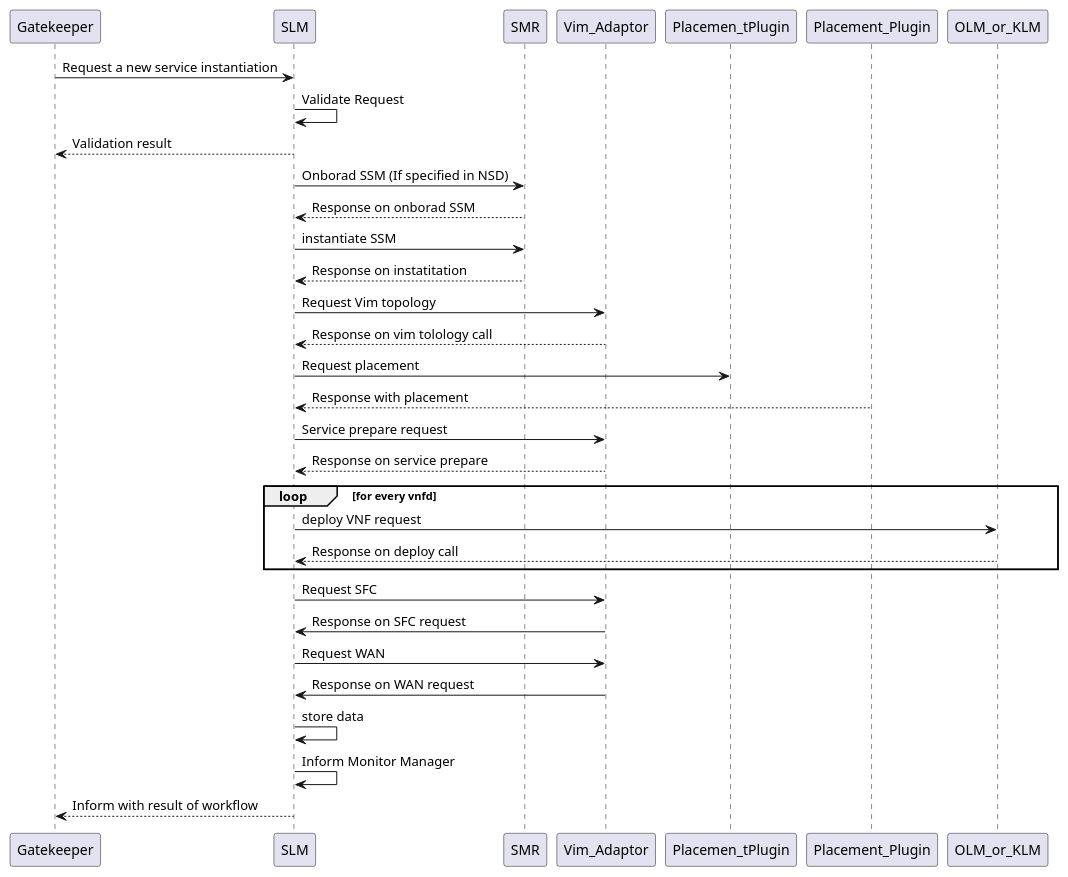
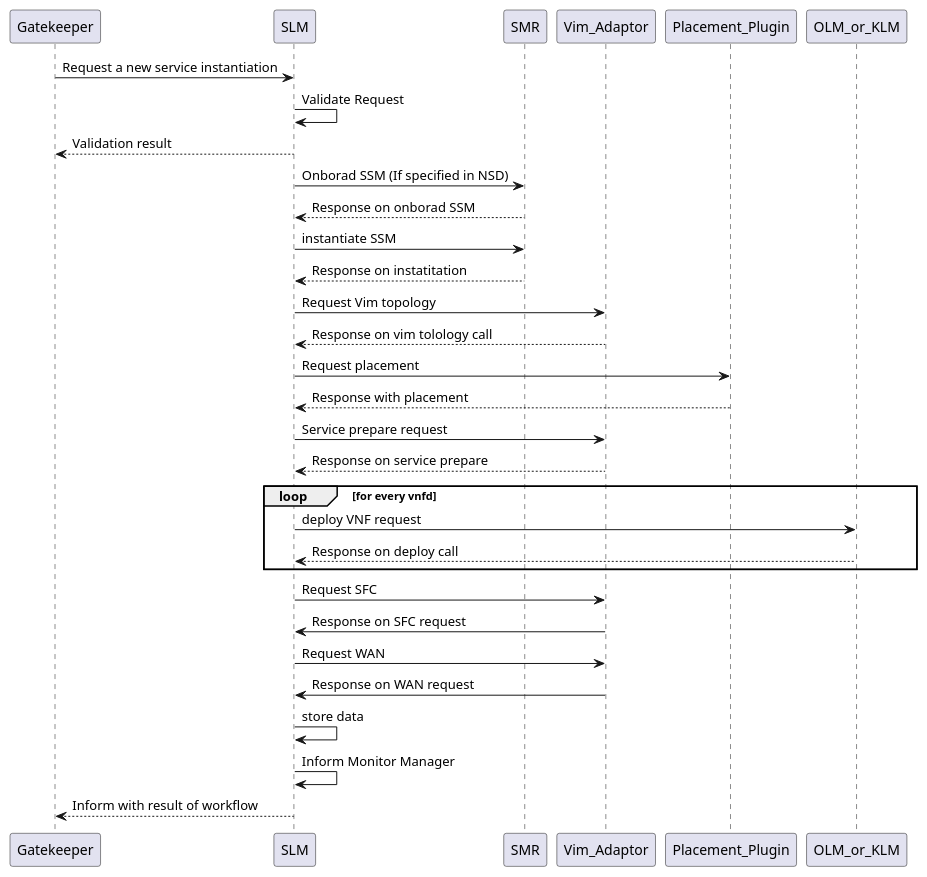
One commit to CN-UPB/Pishahang changed the diagram in docs/figures/developers/service_instantiation.puml. Above: the diagram before and after it, drawn with PlantUML.

Commit message:
sequence diagram of Service instantiation

```diff
--- a/docs/figures/developers/service_instantiation.puml
+++ b/docs/figures/developers/service_instantiation.puml
@@ -1,28 +1,28 @@
 @startuml
 
 Gatekeeper -> SLM: Request a new service instantiation
 SLM -> SLM: Validate Request
 SLM --> Gatekeeper: Validation result
 SLM -> SMR: Onborad SSM (If specified in NSD)
 SMR --> SLM: Response on onborad SSM
 SLM -> SMR: instantiate SSM
 SMR --> SLM: Response on instatitation
 SLM -> Vim_Adaptor: Request Vim topology
 Vim_Adaptor -->SLM: Response on vim tolology call
-SLM -> Placemen_tPlugin: Request placement
+SLM -> Placement_Plugin: Request placement
 Placement_Plugin --> SLM: Response with placement
 SLM -> Vim_Adaptor: Service prepare request
 Vim_Adaptor --> SLM: Response on service prepare
 loop for every vnfd
 SLM -> OLM_or_KLM:deploy VNF request
 OLM_or_KLM --> SLM:Response on deploy call
 end
 SLM -> Vim_Adaptor: Request SFC
 Vim_Adaptor -> SLM: Response on SFC request
 SLM -> Vim_Adaptor: Request WAN 
 Vim_Adaptor -> SLM: Response on WAN request
 SLM -> SLM: store data
 SLM -> SLM: Inform Monitor Manager
 SLM --> Gatekeeper:Inform with result of workflow
 
 @enduml
```
